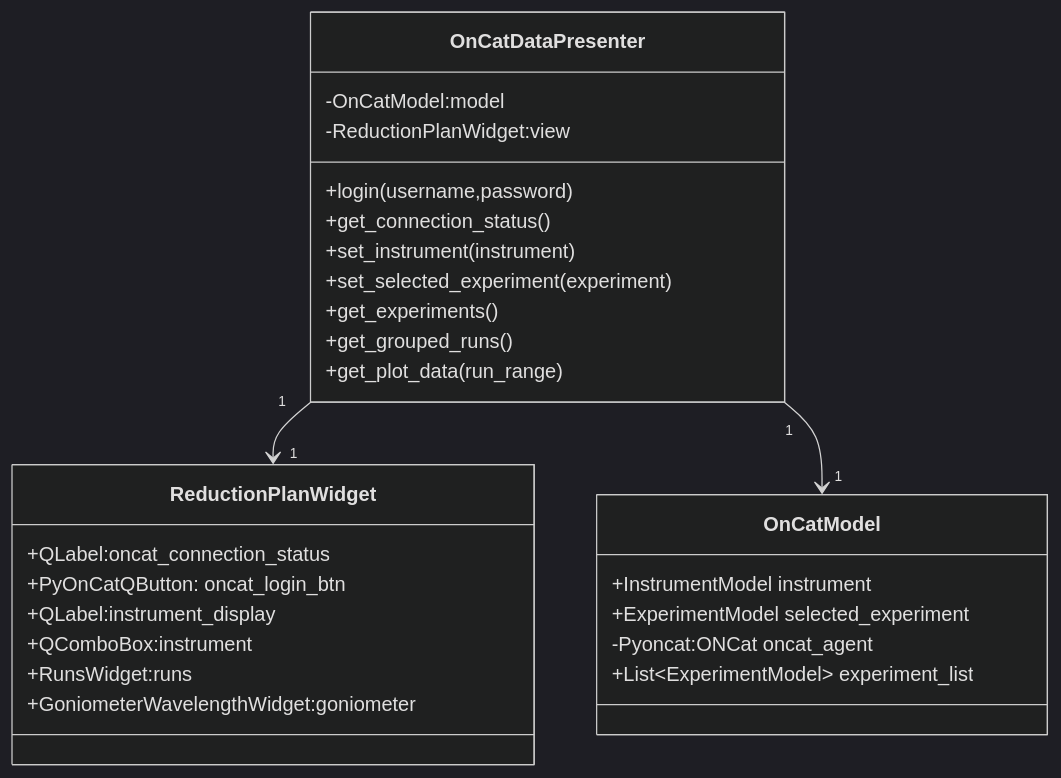
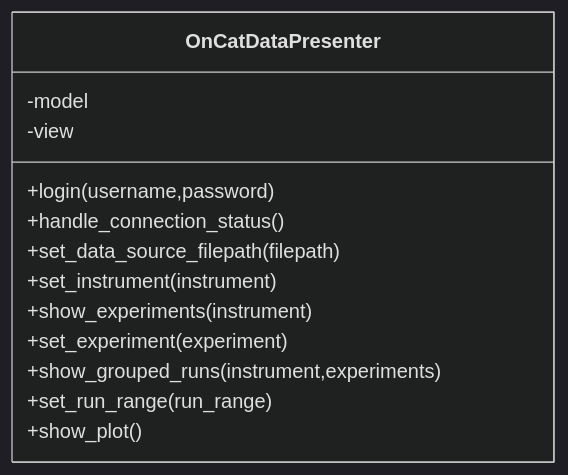
The second of 5 diagrams in docs/source/design/oncat_mvp.rst (neutrons/garnet), drawn with Mermaid (dark theme) before and after one commit. The commit also changed other lines of this file and 3 other files, not shown here.

Commit message:
updates based on the option to fect the data without connecting to oncat, mvp diagrams, cleaning

```diff
--- a/docs/source/design/oncat_mvp.rst
+++ b/docs/source/design/oncat_mvp.rst
@@ -59,30 +65,16 @@
 .. mermaid::
 
  classDiagram
-    OnCatDataPresenter "1" -->"1" ReductionPlanWidget
-    OnCatDataPresenter "1" -->"1" OnCatModel
     class OnCatDataPresenter{
-       -OnCatModel:model
-       -ReductionPlanWidget:view
-       +login(username,password)
-       +get_connection_status()
-       +set_instrument(instrument)
-       +set_selected_experiment(experiment)
-       +get_experiments()
-       +get_grouped_runs()
-       +get_plot_data(run_range)
+       -model
+       -view
+        +login(username,password)
+        +handle_connection_status()
+        +set_data_source_filepath(filepath)
+        +set_instrument(instrument)
+        +show_experiments(instrument)
+        +set_experiment(experiment)
+        +show_grouped_runs(instrument,experiments)
+        +set_run_range(run_range)
+        +show_plot()
     }
-    class ReductionPlanWidget{
-        +QLabel:oncat_connection_status
-        +PyOnCatQButton: oncat_login_btn
-        +QLabel:instrument_display
-        +QComboBox:instrument
-        +RunsWidget:runs
-        +GoniometerWavelengthWidget:goniometer
-    }
-    class OnCatModel{
-        +InstrumentModel instrument
-        +ExperimentModel selected_experiment
-        -Pyoncat:ONCat oncat_agent
-        +List~ExperimentModel~ experiment_list
-    }
```
